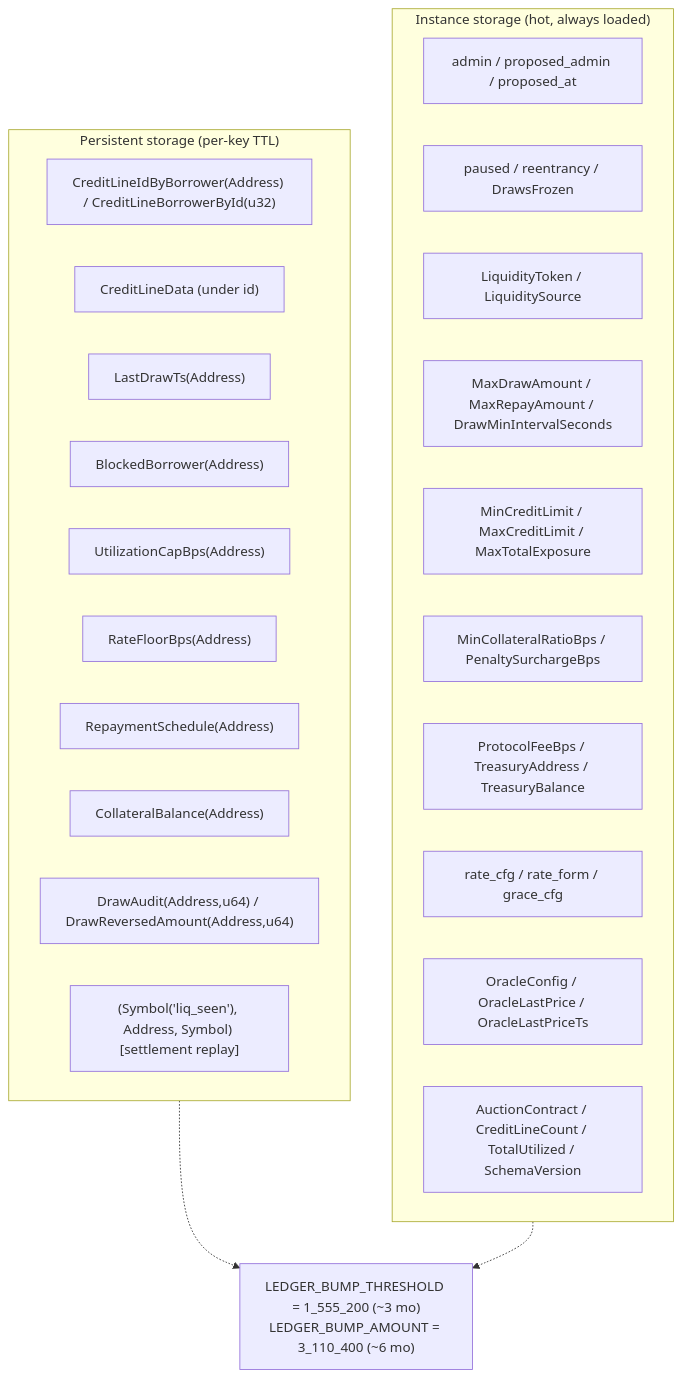
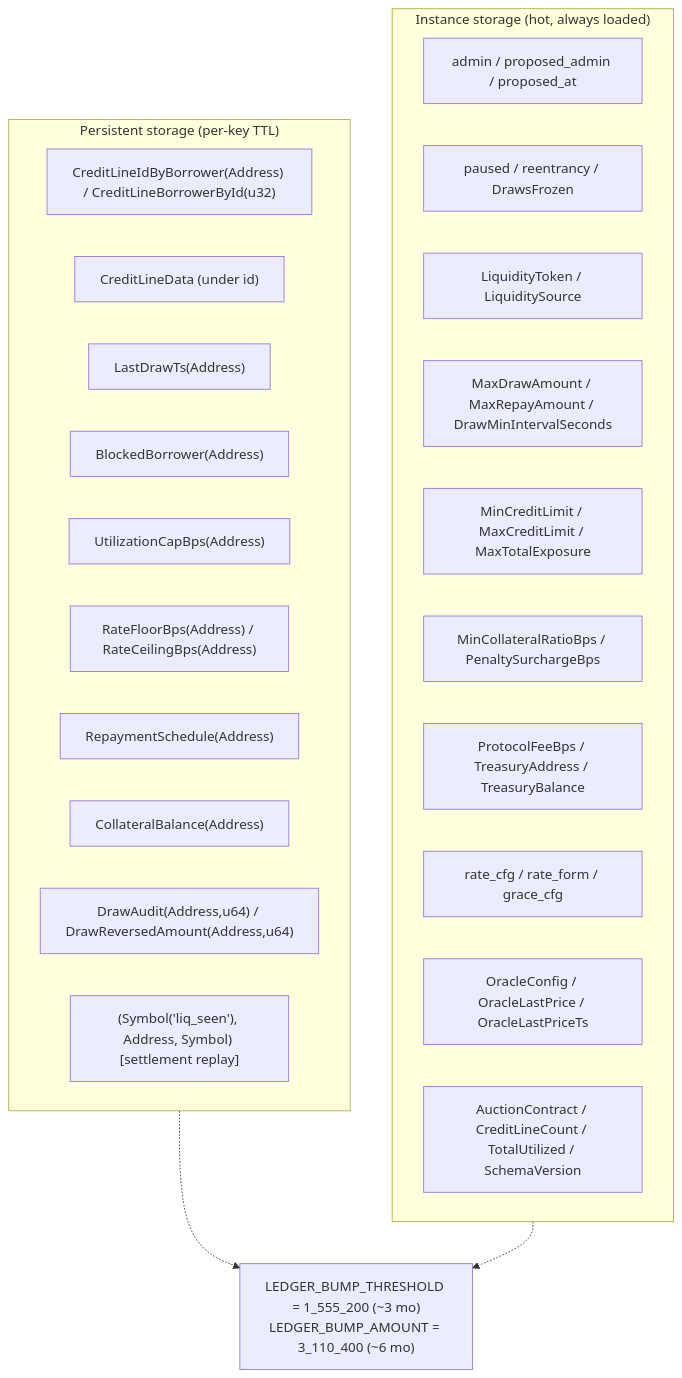
The seventh of 8 diagrams in docs/ARCHITECTURE.md (Creditra/Creditra-Contracts), drawn with Mermaid before and after one commit. The commit also changed 9 other files, not shown here.

Commit message:
feat: per-borrower rate ceiling

````diff
--- a/docs/ARCHITECTURE.md
+++ b/docs/ARCHITECTURE.md
@@ -316,32 +316,32 @@
 ```mermaid
 flowchart TB
     subgraph Instance["Instance storage (hot, always loaded)"]
         I1["admin / proposed_admin / proposed_at"]
         I2["paused / reentrancy / DrawsFrozen"]
         I3["LiquidityToken / LiquiditySource"]
         I4["MaxDrawAmount / MaxRepayAmount / DrawMinIntervalSeconds"]
         I5["MinCreditLimit / MaxCreditLimit / MaxTotalExposure"]
         I6["MinCollateralRatioBps / PenaltySurchargeBps"]
         I7["ProtocolFeeBps / TreasuryAddress / TreasuryBalance"]
         I8["rate_cfg / rate_form / grace_cfg"]
         I9["OracleConfig / OracleLastPrice / OracleLastPriceTs"]
         I10["AuctionContract / CreditLineCount / TotalUtilized / SchemaVersion"]
     end
 
     subgraph Persistent["Persistent storage (per-key TTL)"]
         P1["CreditLineIdByBorrower(Address) / CreditLineBorrowerById(u32)"]
         P2["CreditLineData (under id)"]
         P3["LastDrawTs(Address)"]
         P4["BlockedBorrower(Address)"]
         P5["UtilizationCapBps(Address)"]
-        P6["RateFloorBps(Address)"]
+        P6["RateFloorBps(Address) / RateCeilingBps(Address)"]
         P7["RepaymentSchedule(Address)"]
         P8["CollateralBalance(Address)"]
         P9["DrawAudit(Address,u64) / DrawReversedAmount(Address,u64)"]
         P10["(Symbol('liq_seen'), Address, Symbol) [settlement replay]"]
     end
 
     TTL["LEDGER_BUMP_THRESHOLD = 1_555_200 (~3 mo)<br/>LEDGER_BUMP_AMOUNT = 3_110_400 (~6 mo)"]
     Persistent -.-> TTL
     Instance -.-> TTL
 ```
````
